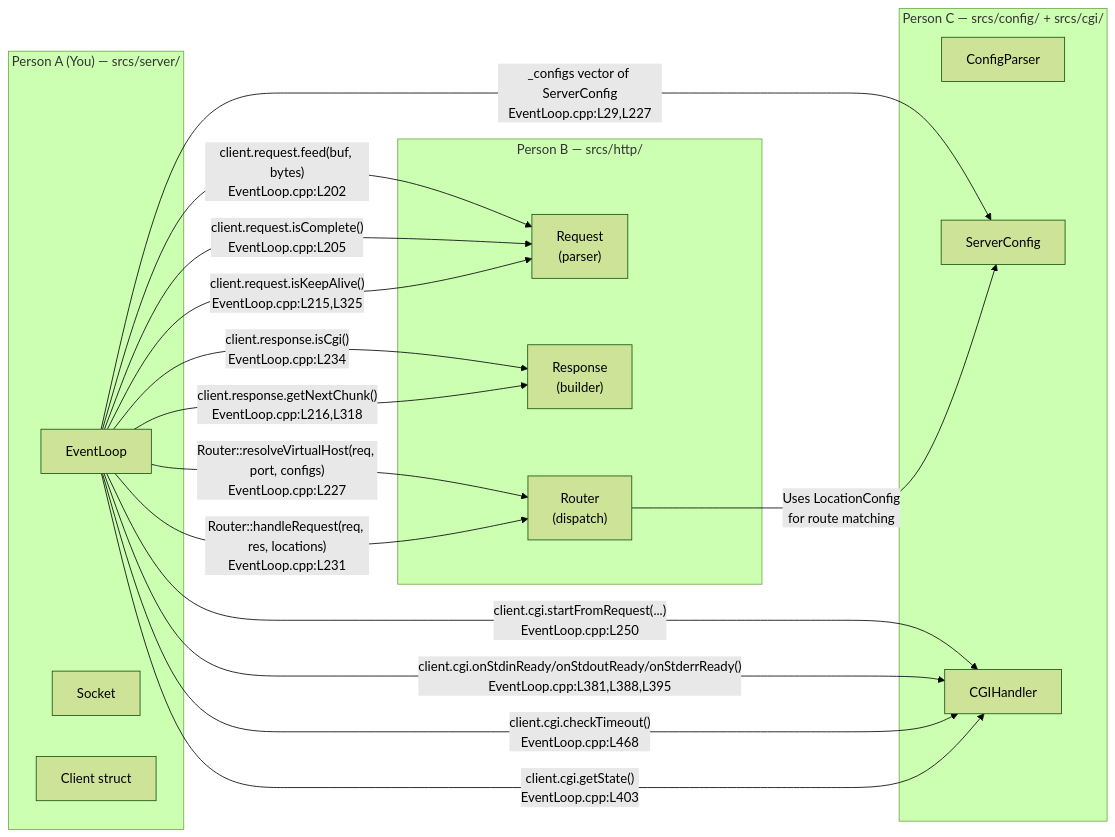
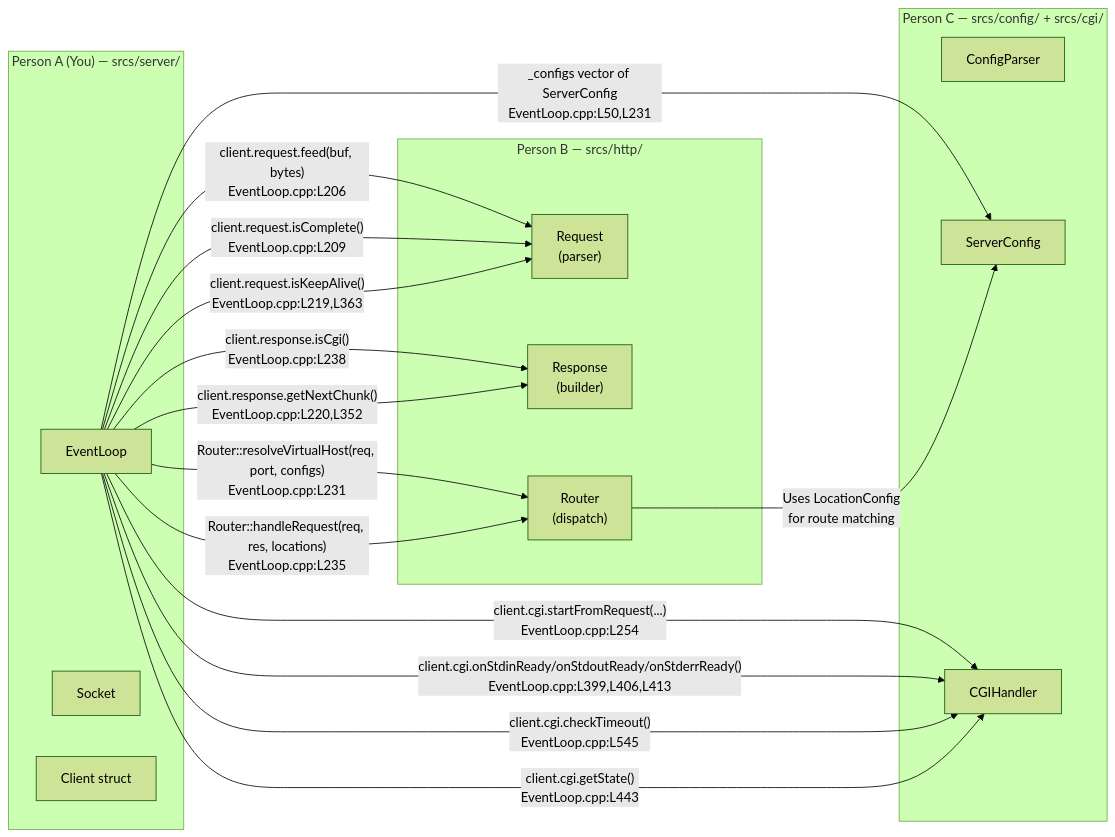
The sixth of 7 diagrams in README/personAtmp/architecture_and_flow_diagrams.md (aziddineelm/Webserv), drawn with Mermaid (forest theme) before and after one commit. The commit also changed other lines of this file and 1 other file, not shown here.

Commit message:
docs: update architecture documentation and remove redundant phase concepts file

````diff
--- a/README/personAtmp/architecture_and_flow_diagrams.md
+++ b/README/personAtmp/architecture_and_flow_diagrams.md
@@ -539,39 +582,39 @@
 ```mermaid
 flowchart LR
     subgraph PersonA ["Person A (You) — srcs/server/"]
         EL["EventLoop"]
         Sock["Socket"]
         Cli["Client struct"]
     end
 
     subgraph PersonB ["Person B — srcs/http/"]
         Req["Request\n(parser)"]
         Res["Response\n(builder)"]
         Rtr["Router\n(dispatch)"]
     end
 
     subgraph PersonC ["Person C — srcs/config/ + srcs/cgi/"]
         CP["ConfigParser"]
         SC["ServerConfig"]
         CGI["CGIHandler"]
     end
 
     %% A calls B
-    EL -->|"client.request.feed(buf, bytes)\nEventLoop.cpp:L202"| Req
-    EL -->|"client.request.isComplete()\nEventLoop.cpp:L205"| Req
-    EL -->|"Router::resolveVirtualHost(req, port, configs)\nEventLoop.cpp:L227"| Rtr
-    EL -->|"Router::handleRequest(req, res, locations)\nEventLoop.cpp:L231"| Rtr
-    EL -->|"client.response.isCgi()\nEventLoop.cpp:L234"| Res
-    EL -->|"client.response.getNextChunk()\nEventLoop.cpp:L216,L318"| Res
-    EL -->|"client.request.isKeepAlive()\nEventLoop.cpp:L215,L325"| Req
+    EL -->|"client.request.feed(buf, bytes)\nEventLoop.cpp:L206"| Req
+    EL -->|"client.request.isComplete()\nEventLoop.cpp:L209"| Req
+    EL -->|"Router::resolveVirtualHost(req, port, configs)\nEventLoop.cpp:L231"| Rtr
+    EL -->|"Router::handleRequest(req, res, locations)\nEventLoop.cpp:L235"| Rtr
+    EL -->|"client.response.isCgi()\nEventLoop.cpp:L238"| Res
+    EL -->|"client.response.getNextChunk()\nEventLoop.cpp:L220,L352"| Res
+    EL -->|"client.request.isKeepAlive()\nEventLoop.cpp:L219,L363"| Req
 
     %% A calls C
-    EL -->|"client.cgi.startFromRequest(...)\nEventLoop.cpp:L250"| CGI
-    EL -->|"client.cgi.onStdinReady/onStdoutReady/onStderrReady()\nEventLoop.cpp:L381,L388,L395"| CGI
-    EL -->|"client.cgi.checkTimeout()\nEventLoop.cpp:L468"| CGI
-    EL -->|"client.cgi.getState()\nEventLoop.cpp:L403"| CGI
-    EL -->|"_configs vector of ServerConfig\nEventLoop.cpp:L29,L227"| SC
+    EL -->|"client.cgi.startFromRequest(...)\nEventLoop.cpp:L254"| CGI
+    EL -->|"client.cgi.onStdinReady/onStdoutReady/onStderrReady()\nEventLoop.cpp:L399,L406,L413"| CGI
+    EL -->|"client.cgi.checkTimeout()\nEventLoop.cpp:L545"| CGI
+    EL -->|"client.cgi.getState()\nEventLoop.cpp:L443"| CGI
+    EL -->|"_configs vector of ServerConfig\nEventLoop.cpp:L50,L231"| SC
 
     %% B calls C's data
     Rtr -->|"Uses LocationConfig\nfor route matching"| SC
 ```
````
